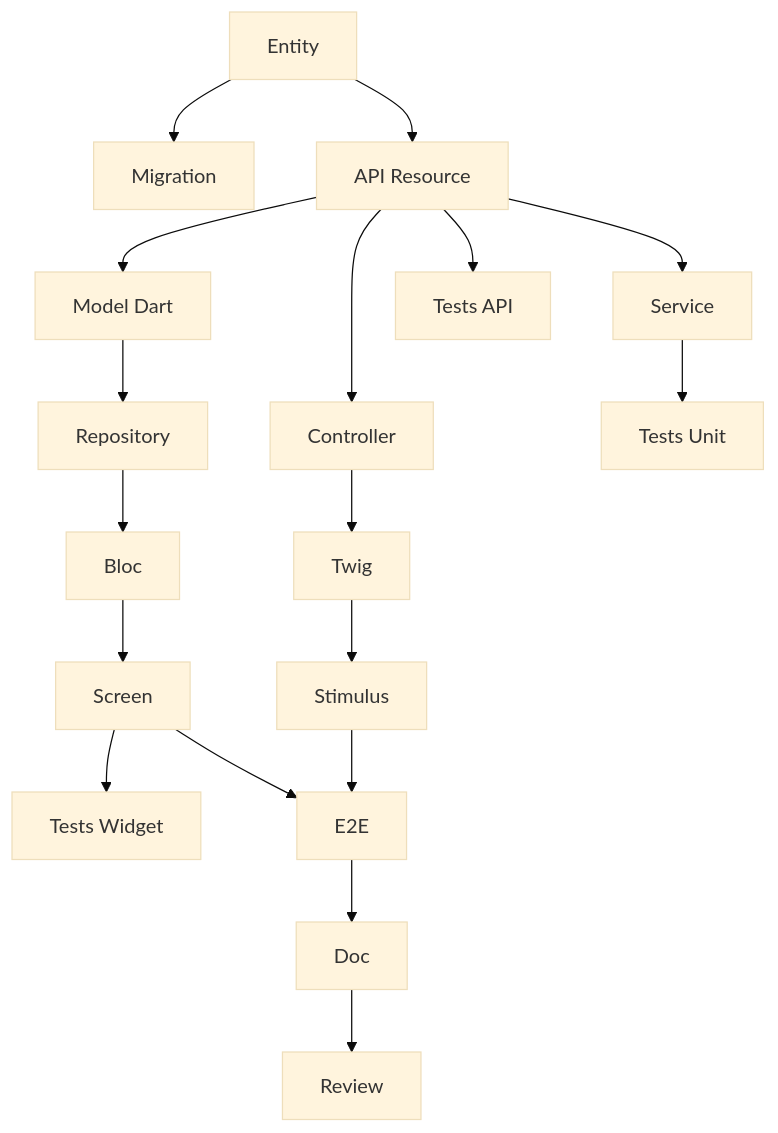
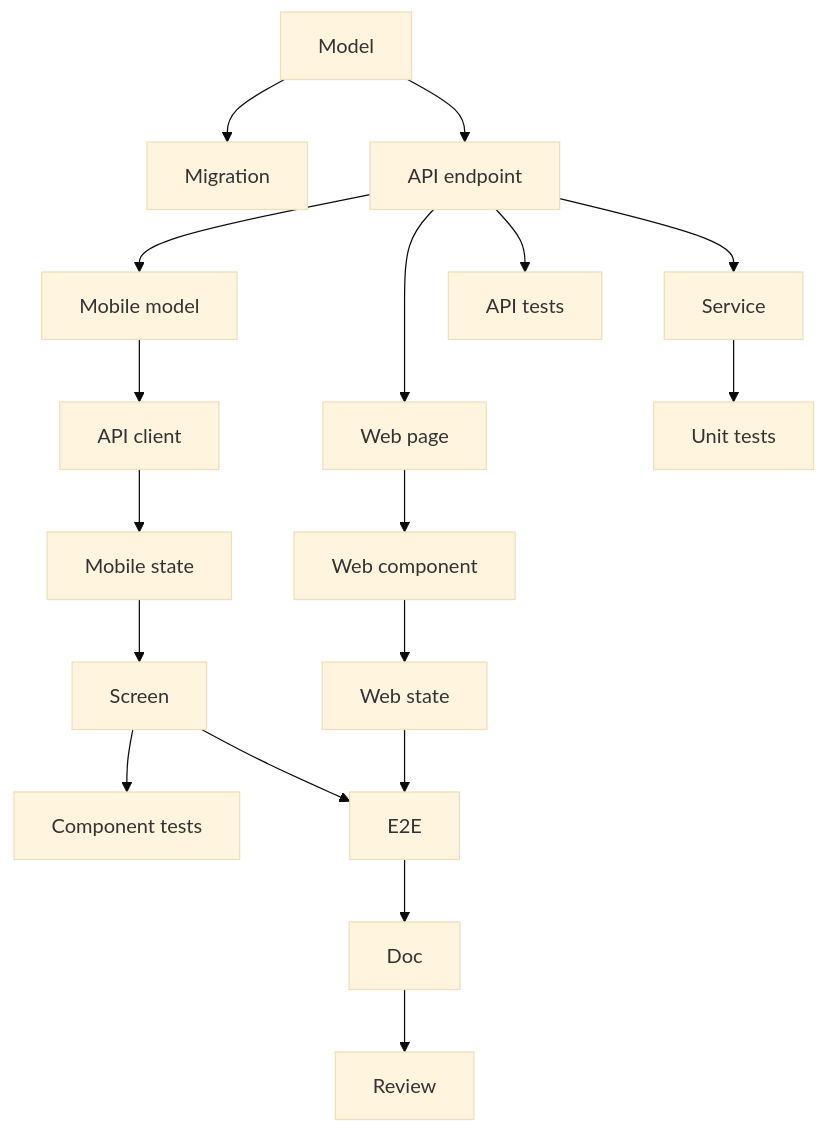
One commit to TheBeardedBearSAS/claude-craft changed the diagram in Project/i18n/de/agents/tech-lead.md. Above: the diagram before and after it, drawn with Mermaid (base theme). The commit also changed other lines of this file and 119 other files, not shown here.

````diff
--- a/Project/i18n/de/agents/tech-lead.md
+++ b/Project/i18n/de/agents/tech-lead.md
@@ -111,20 +113,20 @@
 ```mermaid
 graph TD
-    T01[Entity] --> T02[Migration]
-    T01 --> T03[API Resource]
+    T01[Model] --> T02[Migration]
+    T01 --> T03[API endpoint]
     T03 --> T04[Service]
-    T03 --> T05[Controller]
-    T05 --> T06[Twig]
-    T06 --> T07[Stimulus]
-    T03 --> T08[Model Dart]
-    T08 --> T09[Repository]
-    T09 --> T10[Bloc]
+    T03 --> T05[Web page]
+    T05 --> T06[Web component]
+    T06 --> T07[Web state]
+    T03 --> T08[Mobile model]
+    T08 --> T09[API client]
+    T09 --> T10[Mobile state]
     T10 --> T11[Screen]
-    T04 --> T12[Tests Unit]
-    T03 --> T13[Tests API]
-    T11 --> T14[Tests Widget]
+    T04 --> T12[Unit tests]
+    T03 --> T13[API tests]
+    T11 --> T14[Component tests]
     T07 --> T15[E2E]
     T11 --> T15
     T15 --> T16[Doc]
     T16 --> T17[Review]
 ```
````
